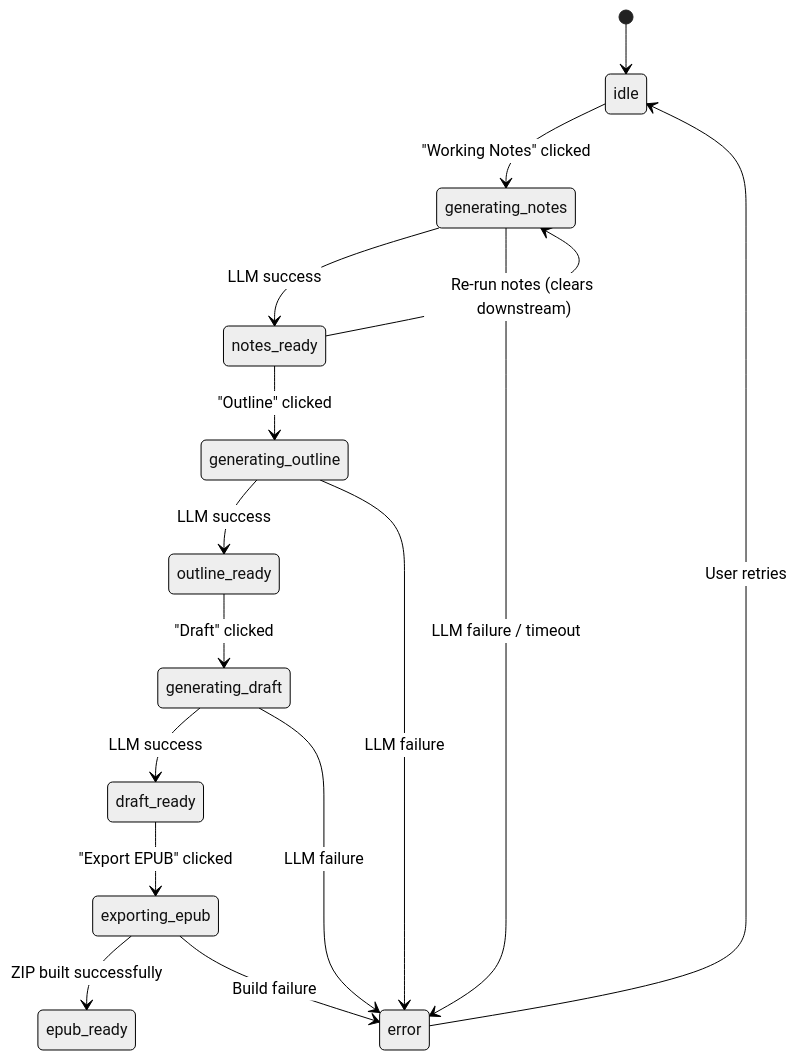
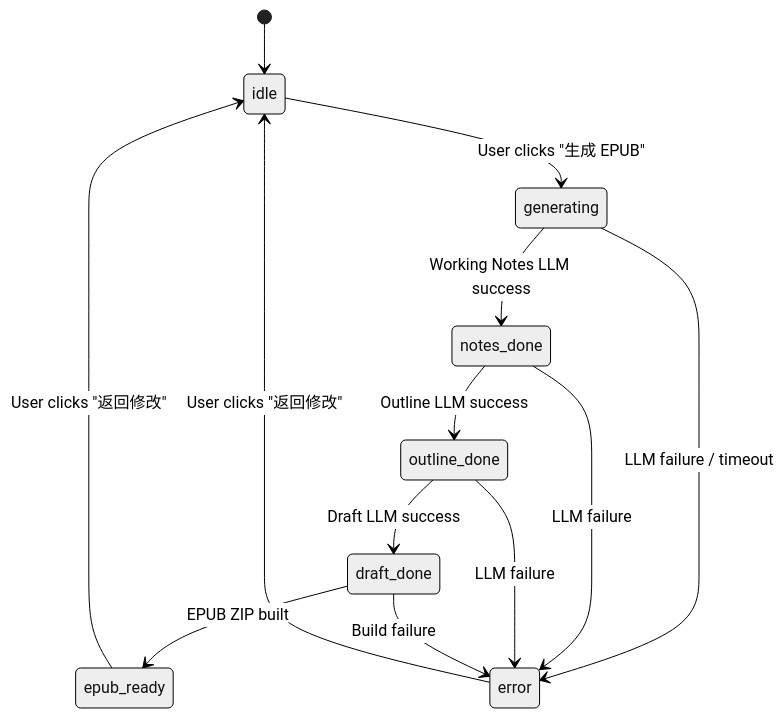
One commit to CeciliaHahan/podcast_to_ebook changed the sixth of 6 diagrams in README.md. Above: the diagram before and after it, drawn with Mermaid (neutral theme). The commit also changed other lines of this file and 31 other files, not shown here.

````diff
--- a/README.md
+++ b/README.md
@@ -229,22 +201,15 @@
 ```mermaid
 stateDiagram-v2
   [*] --> idle
-  idle --> generating_notes: "Working Notes" clicked
-  generating_notes --> notes_ready: LLM success
-  generating_notes --> error: LLM failure / timeout
-
-  notes_ready --> generating_outline: "Outline" clicked
-  generating_outline --> outline_ready: LLM success
-  generating_outline --> error: LLM failure
-
-  outline_ready --> generating_draft: "Draft" clicked
-  generating_draft --> draft_ready: LLM success
-  generating_draft --> error: LLM failure
-
-  draft_ready --> exporting_epub: "Export EPUB" clicked
-  exporting_epub --> epub_ready: ZIP built successfully
-  exporting_epub --> error: Build failure
-
-  error --> idle: User retries
-  notes_ready --> generating_notes: Re-run notes (clears downstream)
+  idle --> generating: User clicks "生成 EPUB"
+  generating --> notes_done: Working Notes LLM success
+  notes_done --> outline_done: Outline LLM success
+  outline_done --> draft_done: Draft LLM success
+  draft_done --> epub_ready: EPUB ZIP built
+  generating --> error: LLM failure / timeout
+  notes_done --> error: LLM failure
+  outline_done --> error: LLM failure
+  draft_done --> error: Build failure
+  error --> idle: User clicks "返回修改"
+  epub_ready --> idle: User clicks "返回修改"
 ```
````
